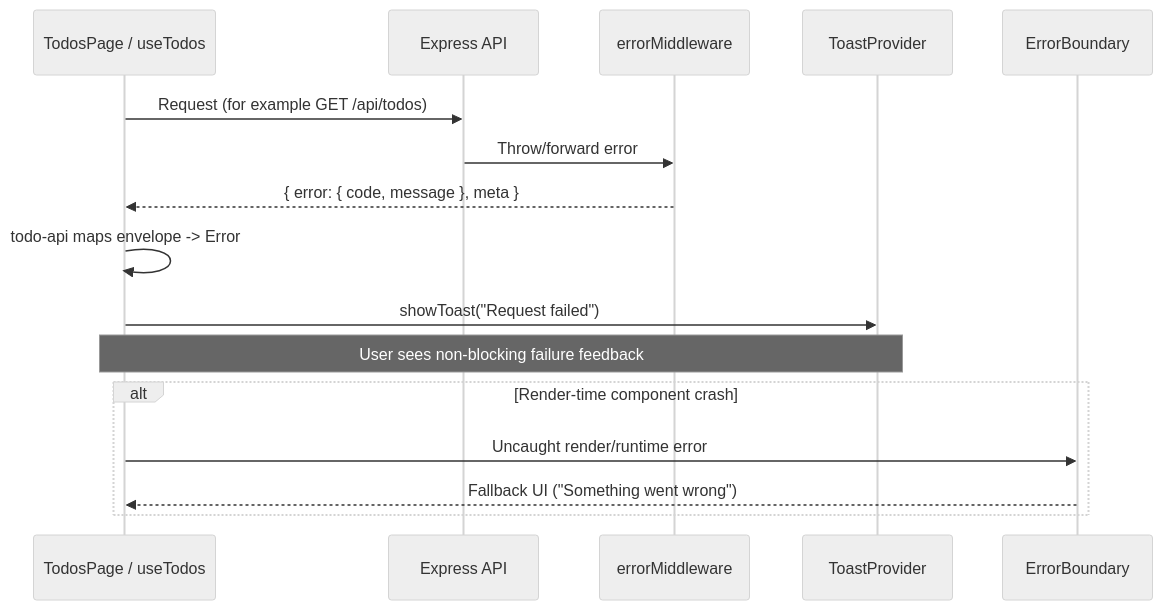
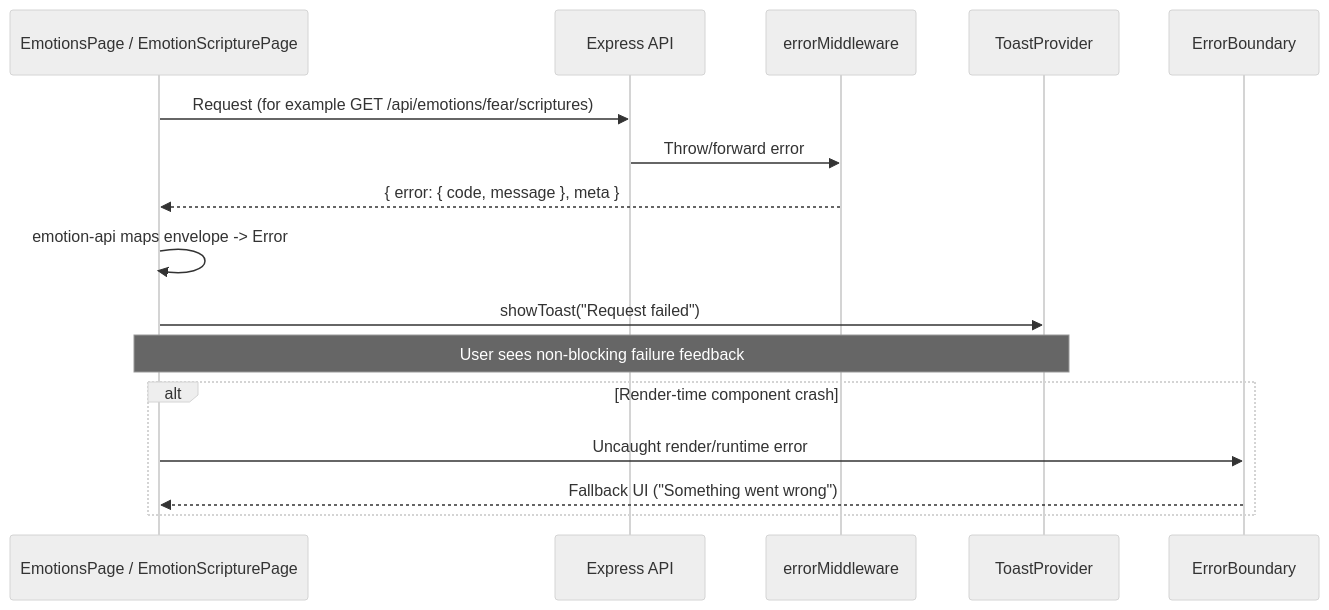
One commit to Zhiwutian/bible-support changed the second of 2 diagrams in docs/app-startup-walkthrough.md. Above: the diagram before and after it, drawn with Mermaid (neutral theme). The commit also changed other lines of this file and 54 other files, not shown here.

````diff
--- a/docs/app-startup-walkthrough.md
+++ b/docs/app-startup-walkthrough.md
@@ -101,20 +95,20 @@
 ```mermaid
 sequenceDiagram
-    participant React as TodosPage / useTodos
+    participant React as EmotionsPage / EmotionScripturePage
     participant API as Express API
     participant Middleware as errorMiddleware
     participant Toast as ToastProvider
     participant Boundary as ErrorBoundary
 
-    React->>API: Request (for example GET /api/todos)
+    React->>API: Request (for example GET /api/emotions/fear/scriptures)
     API->>Middleware: Throw/forward error
     Middleware-->>React: { error: { code, message }, meta }
-    React->>React: todo-api maps envelope -> Error
+    React->>React: emotion-api maps envelope -> Error
     React->>Toast: showToast("Request failed")
     Note over React,Toast: User sees non-blocking failure feedback
 
     alt Render-time component crash
       React->>Boundary: Uncaught render/runtime error
       Boundary-->>React: Fallback UI ("Something went wrong")
     end
 ```
````
